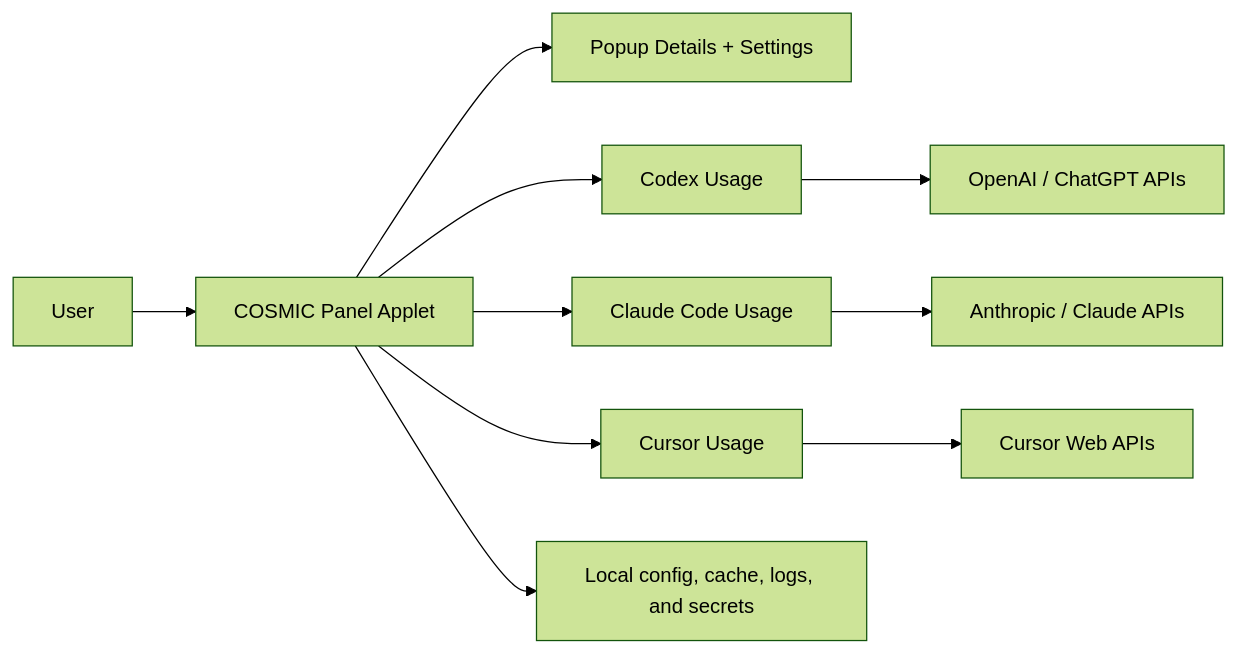
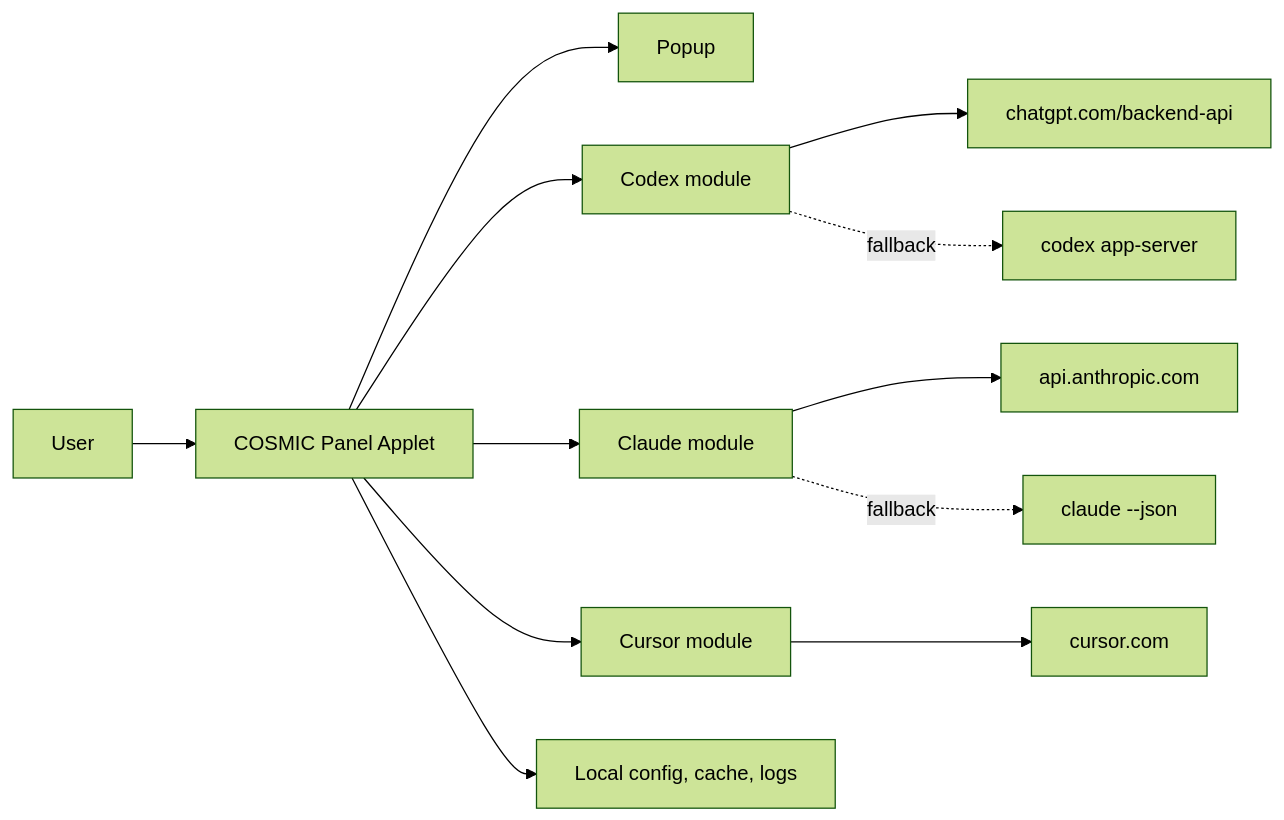
One commit to TopiCsarno/yapcap changed the first of 2 diagrams in docs/spec.md. Above: the diagram before and after it, drawn with Mermaid (forest theme). The commit also changed other lines of this file and 29 other files, not shown here.

````diff
--- a/docs/spec.md
+++ b/docs/spec.md
@@ -45,12 +59,14 @@
 ```mermaid
 flowchart LR
     User[User] --> Panel[COSMIC Panel Applet]
-    Panel --> Popup[Popup Details + Settings]
-    Panel --> Codex[Codex Usage]
-    Panel --> Claude[Claude Code Usage]
-    Panel --> Cursor[Cursor Usage]
-    Codex --> OpenAI[OpenAI / ChatGPT APIs]
-    Claude --> Anthropic[Anthropic / Claude APIs]
-    Cursor --> CursorAPI[Cursor Web APIs]
-    Panel --> LocalOnly[Local config, cache, logs, and secrets]
+    Panel --> Popup[Popup]
+    Panel --> Codex[Codex module]
+    Panel --> Claude[Claude module]
+    Panel --> Cursor[Cursor module]
+    Codex --> OpenAI[chatgpt.com/backend-api]
+    Codex -.fallback.-> CodexCLI[codex app-server]
+    Claude --> Anthropic[api.anthropic.com]
+    Claude -.fallback.-> ClaudeCLI[claude --json]
+    Cursor --> CursorAPI[cursor.com]
+    Panel --> Local[Local config, cache, logs]
 ```
````
